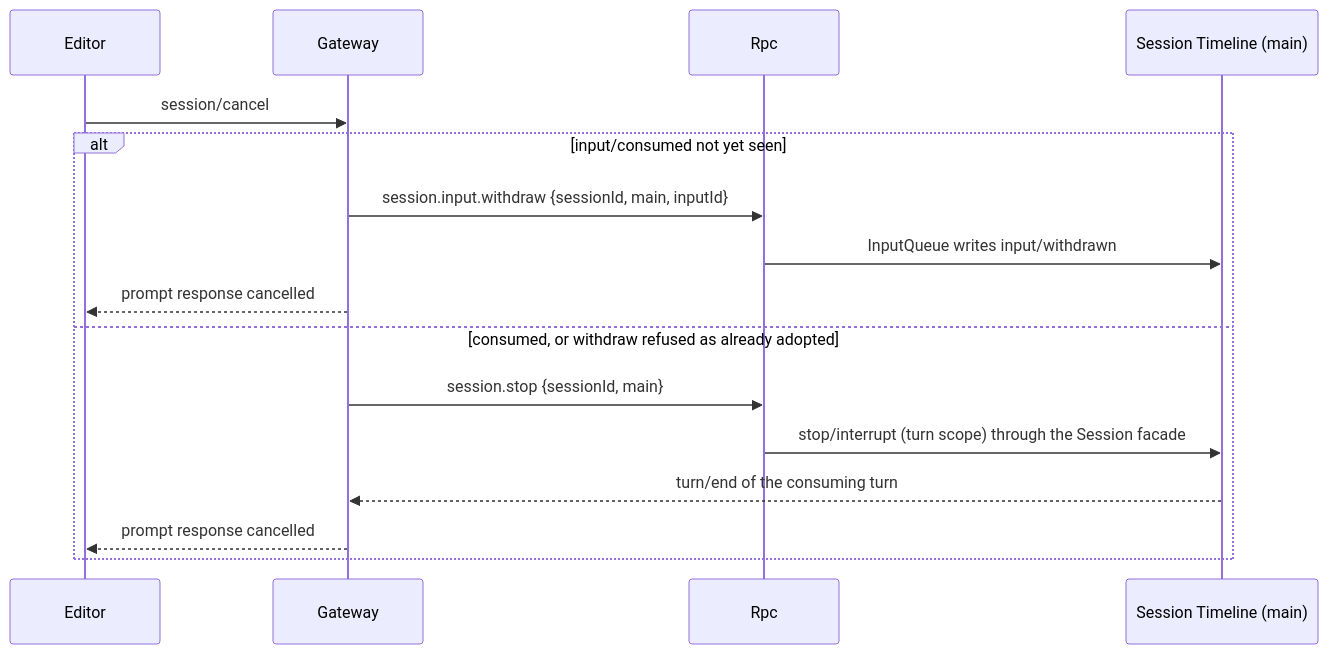
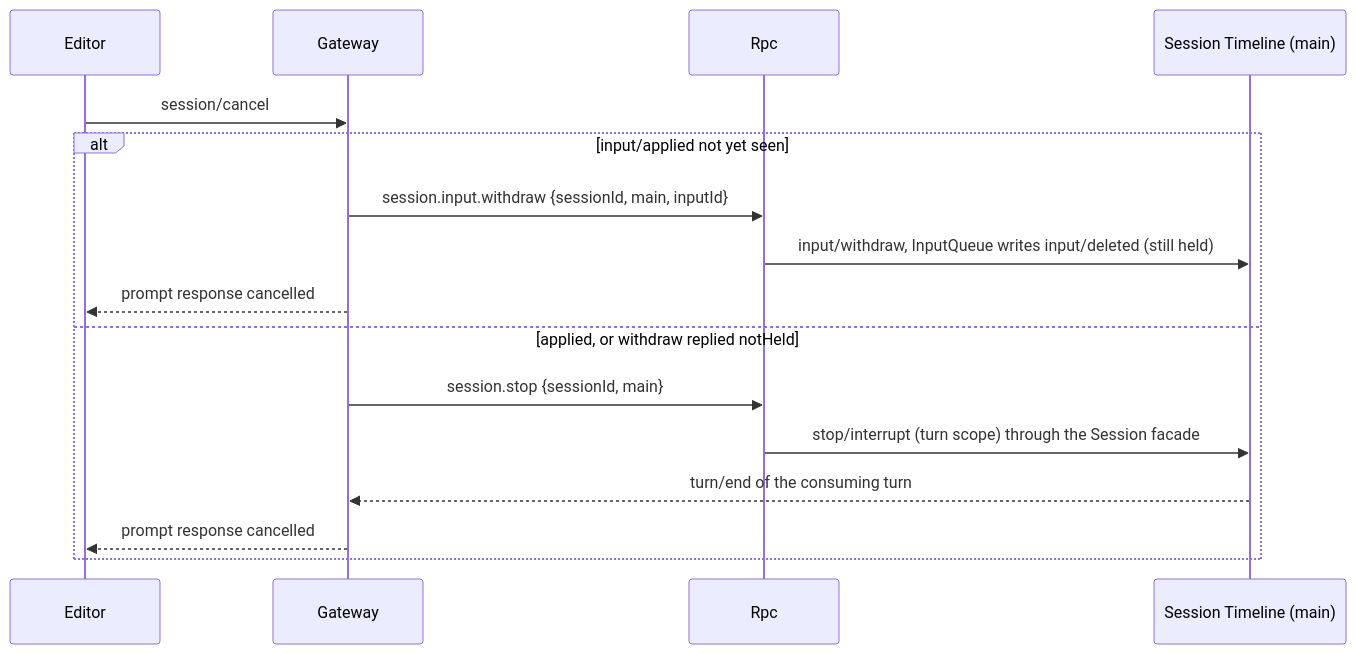
The fourth of 5 diagrams in docs/design/plugins/AcpGateway.md (CoutinhoTTS/dim-agent), drawn with Mermaid before and after one commit. The commit also changed other lines of this file and 18 other files, not shown here.

First line of the commit message:
docs(design): hooks via asynchronous before callbacks and withdraw/delete input events

````diff
--- a/docs/design/plugins/AcpGateway.md
+++ b/docs/design/plugins/AcpGateway.md
@@ -94,18 +94,18 @@
 ```mermaid
 sequenceDiagram
   participant E as Editor
   participant G as Gateway
   participant R as Rpc
   participant TL as Session Timeline (main)
   E->>G: session/cancel
-  alt input/consumed not yet seen
+  alt input/applied not yet seen
     G->>R: session.input.withdraw {sessionId, main, inputId}
-    R->>TL: InputQueue writes input/withdrawn
+    R->>TL: input/withdraw, InputQueue writes input/deleted (still held)
     G-->>E: prompt response cancelled
-  else consumed, or withdraw refused as already adopted
+  else applied, or withdraw replied notHeld
     G->>R: session.stop {sessionId, main}
     R->>TL: stop/interrupt (turn scope) through the Session facade
     TL-->>G: turn/end of the consuming turn
     G-->>E: prompt response cancelled
   end
 ```
````
